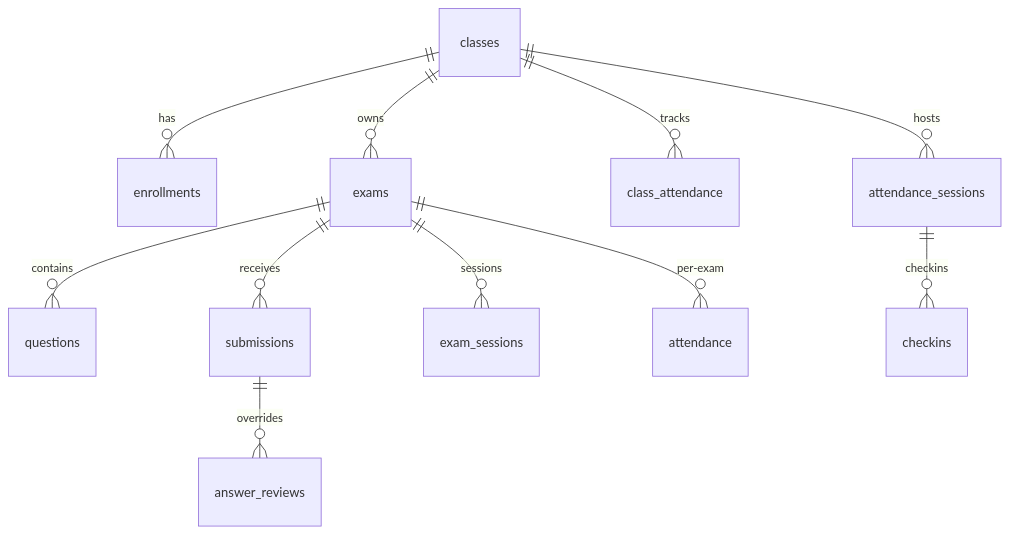
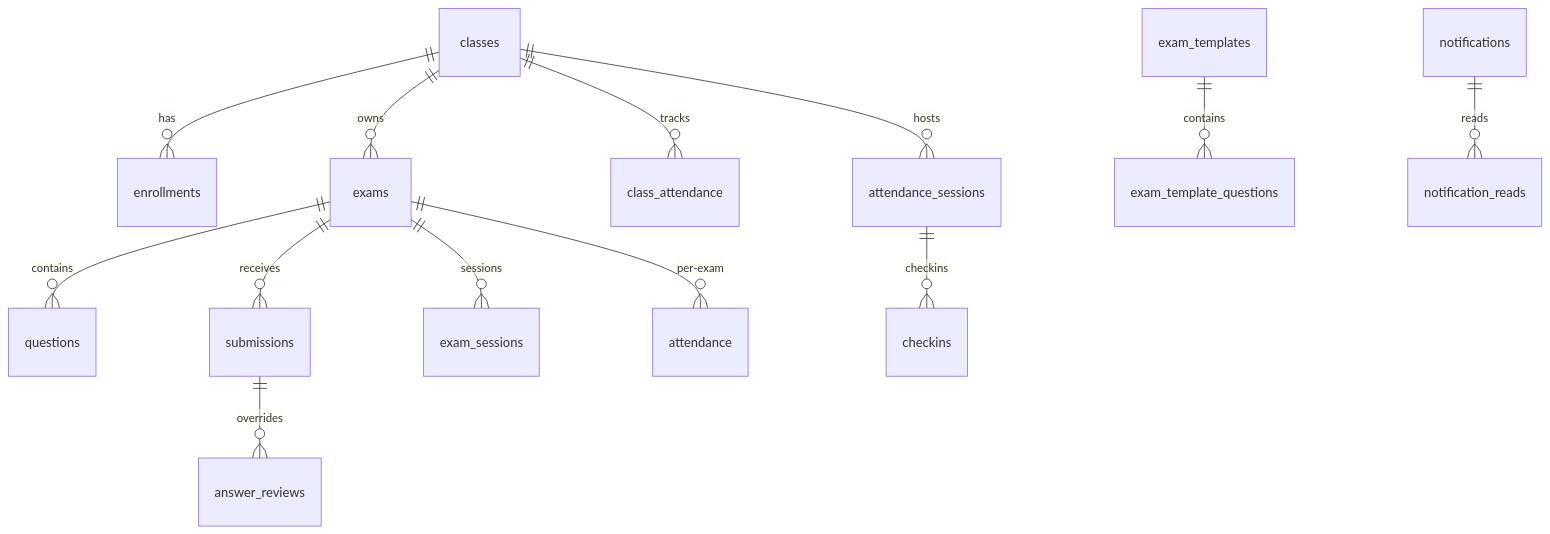
Before and after one commit to Broadmaker/exam-system: the second of 3 diagrams in ARCHITECTURE.md, drawn with Mermaid. The commit also changed other lines of this file, not shown here.

````diff
--- a/ARCHITECTURE.md
+++ b/ARCHITECTURE.md
@@ -200,13 +221,15 @@
 ```mermaid
 erDiagram
   classes ||--o{ enrollments : has
   classes ||--o{ exams : owns
   classes ||--o{ class_attendance : tracks
   classes ||--o{ attendance_sessions : hosts
   exams ||--o{ questions : contains
   exams ||--o{ submissions : receives
   exams ||--o{ exam_sessions : sessions
   exams ||--o{ attendance : per-exam
   submissions ||--o{ answer_reviews : overrides
   attendance_sessions ||--o{ checkins : checkins
+  exam_templates ||--o{ exam_template_questions : contains
+  notifications ||--o{ notification_reads : reads
 ```
````
